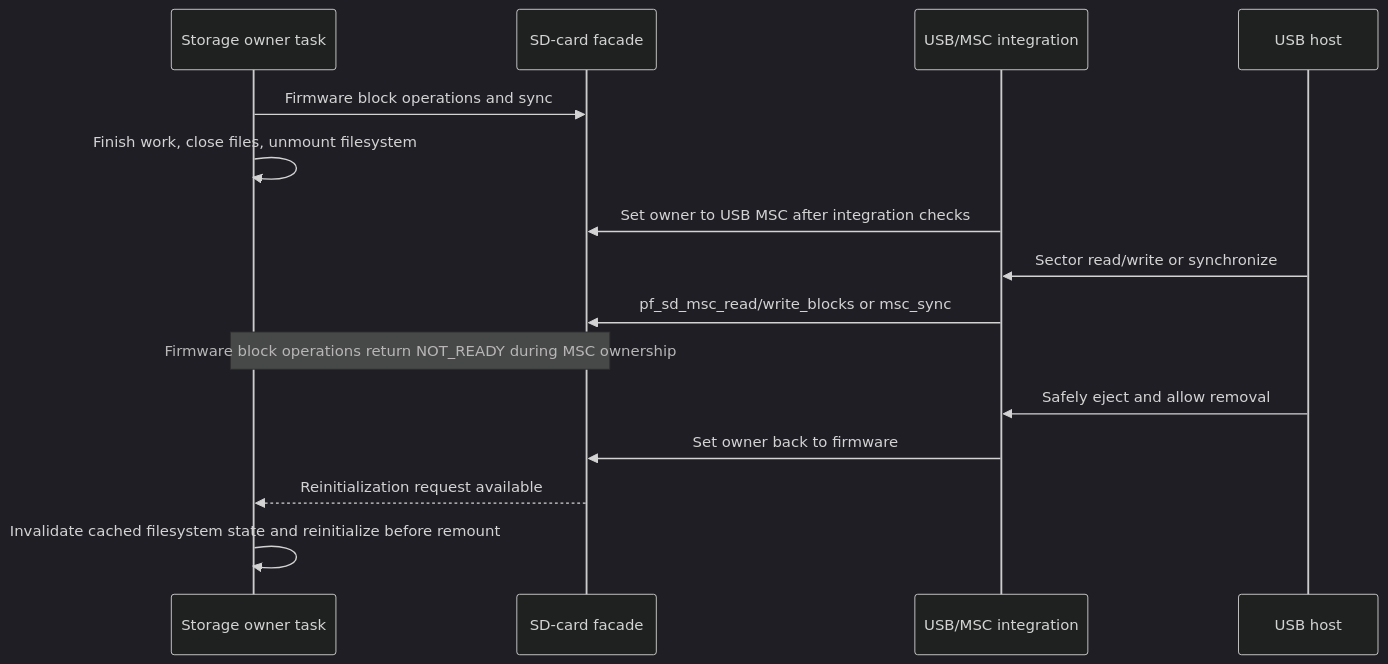
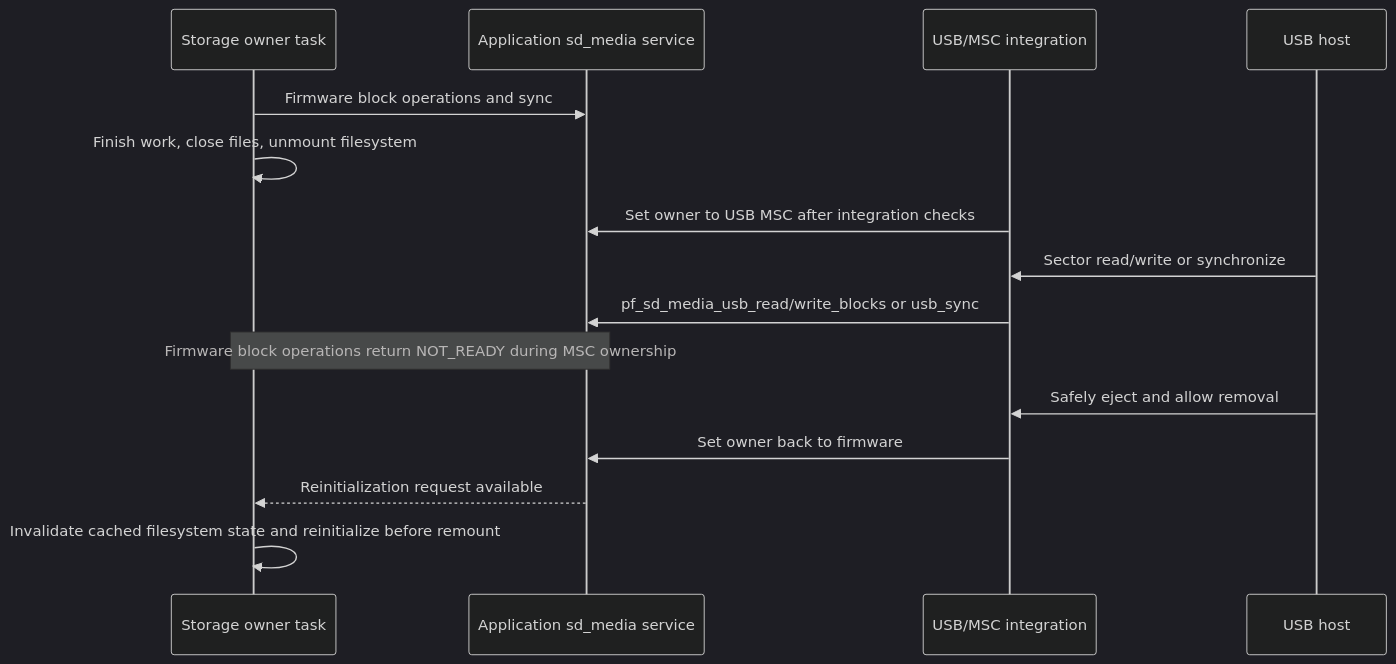
The fifth of 5 diagrams in docs/sdcard-design.md (djwinter29-oss/PicoForge), drawn with Mermaid (dark theme) before and after one commit. The commit also changed other lines of this file and 43 other files, not shown here.

````diff
--- a/docs/sdcard-design.md
+++ b/docs/sdcard-design.md
@@ -862,17 +861,17 @@
 ```mermaid
 sequenceDiagram
     participant FW as Storage owner task
-    participant Card as SD-card facade
+    participant Card as Application sd_media service
     participant USB as USB/MSC integration
     participant Host as USB host
     FW->>Card: Firmware block operations and sync
     FW->>FW: Finish work, close files, unmount filesystem
     USB->>Card: Set owner to USB MSC after integration checks
     Host->>USB: Sector read/write or synchronize
-    USB->>Card: pf_sd_msc_read/write_blocks or msc_sync
+    USB->>Card: pf_sd_media_usb_read/write_blocks or usb_sync
     Note over FW,Card: Firmware block operations return NOT_READY during MSC ownership
     Host->>USB: Safely eject and allow removal
     USB->>Card: Set owner back to firmware
     Card-->>FW: Reinitialization request available
     FW->>FW: Invalidate cached filesystem state and reinitialize before remount
 ```
````
